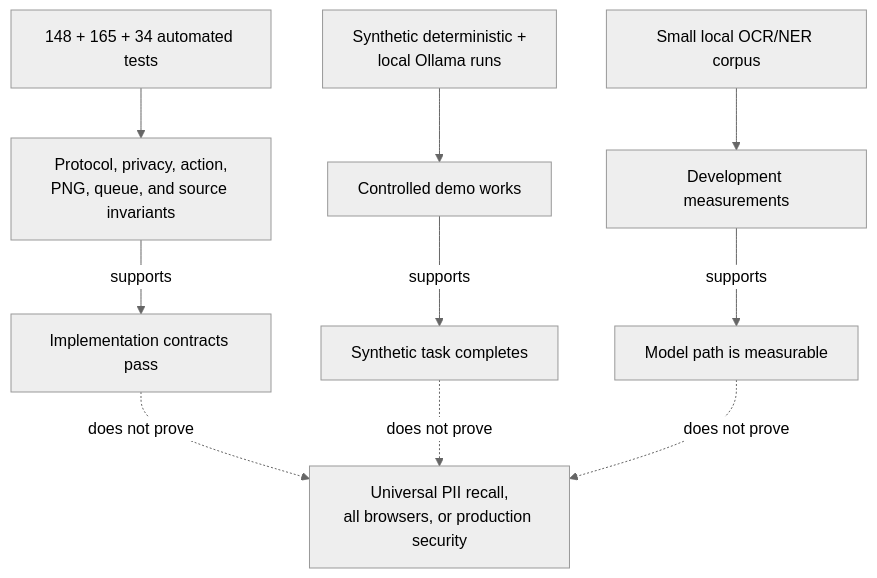
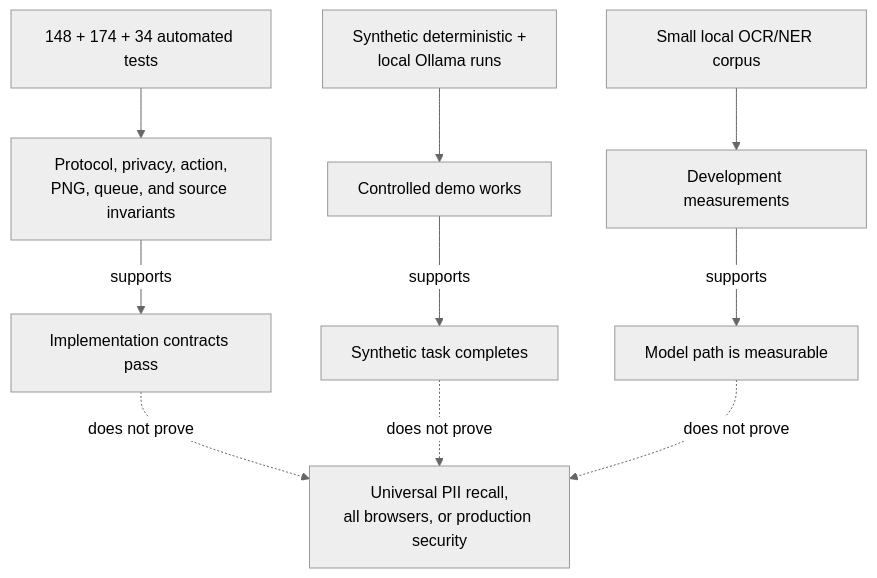
Before and after one commit to Rohinth-S/NAYAN: the third of 3 diagrams in VALIDATION_REPORT.md, drawn with Mermaid (neutral theme). The commit also changed other lines of this file and 8 other files, not shown here.

````diff
--- a/VALIDATION_REPORT.md
+++ b/VALIDATION_REPORT.md
@@ -60,12 +60,12 @@
 ```mermaid
 flowchart TD
-    TESTS[148 + 165 + 34 automated tests] --> CONTRACTS[Protocol, privacy, action,<br/>PNG, queue, and source invariants]
+    TESTS[148 + 174 + 34 automated tests] --> CONTRACTS[Protocol, privacy, action,<br/>PNG, queue, and source invariants]
     E2E[Synthetic deterministic +<br/>local Ollama runs] --> DEMO[Controlled demo works]
     PERCEPTION[Small local OCR/NER corpus] --> EXPERIMENT[Development measurements]
     CONTRACTS -->|supports| CLAIM1[Implementation contracts pass]
     DEMO -->|supports| CLAIM2[Synthetic task completes]
     EXPERIMENT -->|supports| CLAIM3[Model path is measurable]
     CLAIM1 -. does not prove .-> UNIVERSAL[Universal PII recall,<br/>all browsers, or production security]
     CLAIM2 -. does not prove .-> UNIVERSAL
     CLAIM3 -. does not prove .-> UNIVERSAL
 ```
````
